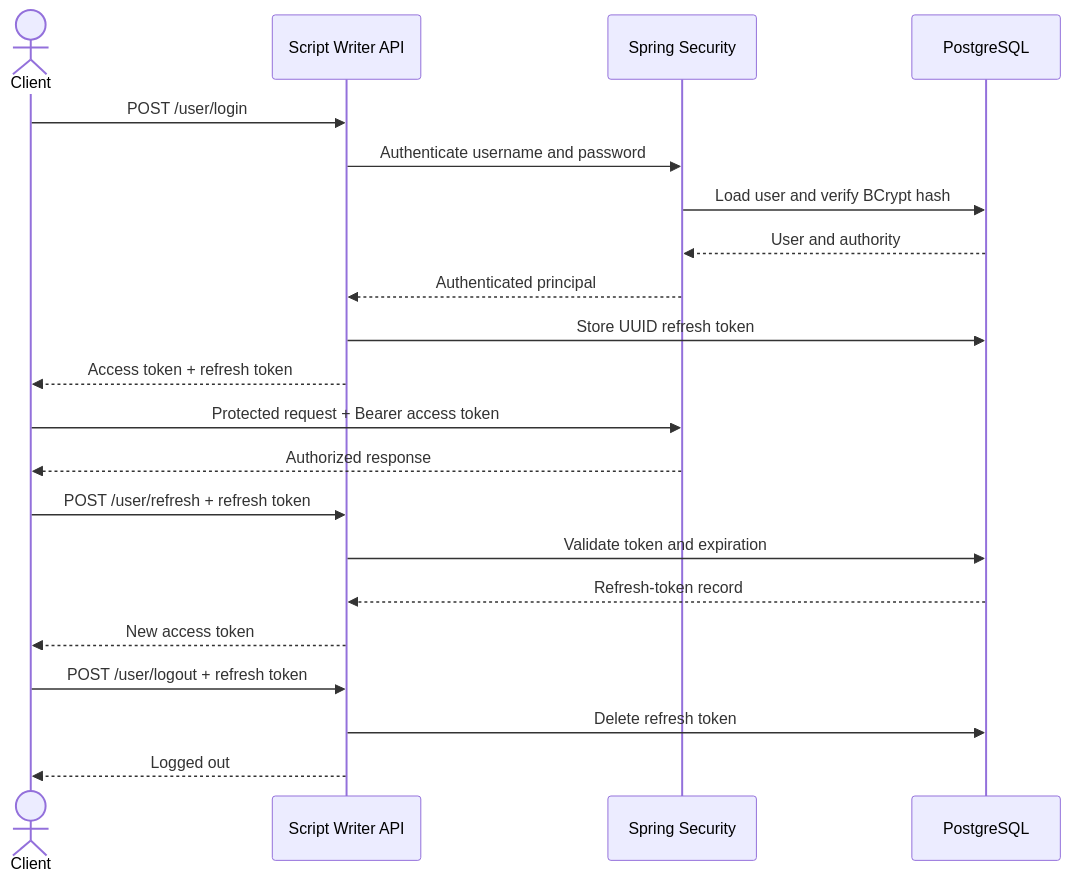
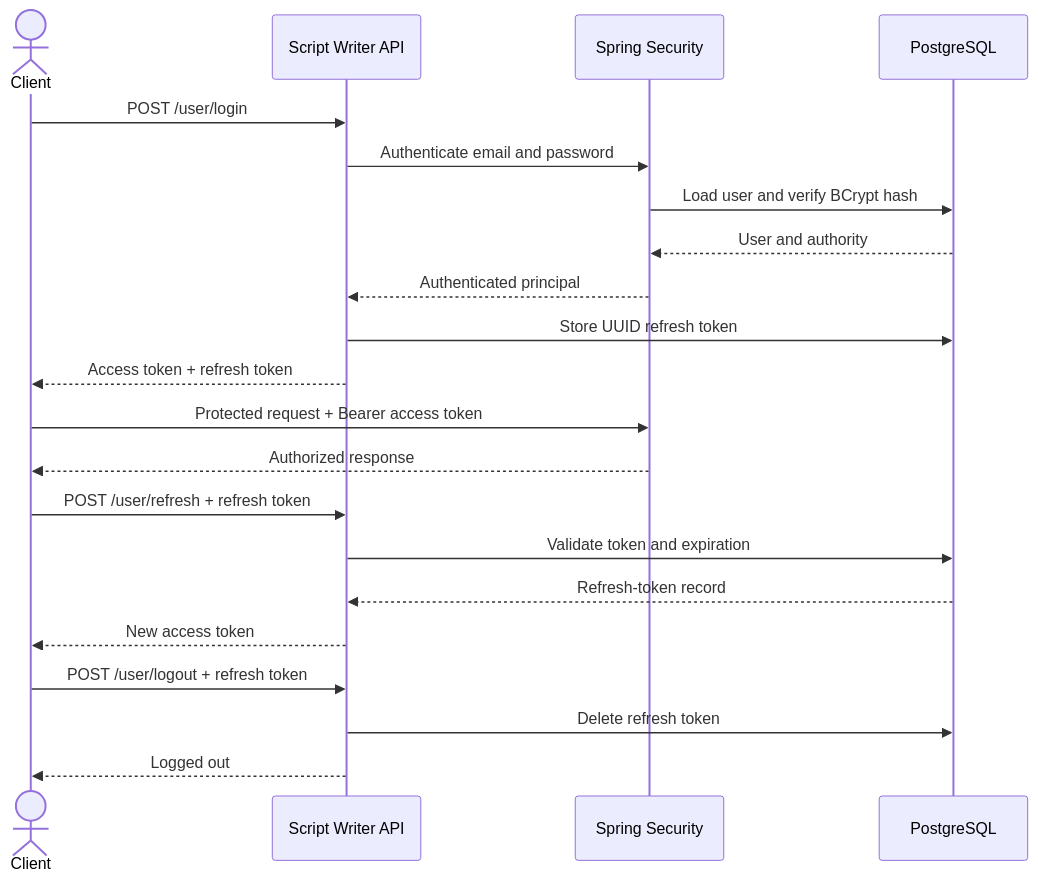
Before and after one commit to shiv10000/Script-Writer-Backend: the third of 3 diagrams in README.md, drawn with Mermaid. The commit also changed other lines of this file and 36 other files, not shown here.

````diff
--- a/README.md
+++ b/README.md
@@ -169,27 +177,27 @@
 ```mermaid
 sequenceDiagram
     actor Client
     participant API as Script Writer API
     participant Security as Spring Security
     participant DB as PostgreSQL
 
     Client->>API: POST /user/login
-    API->>Security: Authenticate username and password
+    API->>Security: Authenticate email and password
     Security->>DB: Load user and verify BCrypt hash
     DB-->>Security: User and authority
     Security-->>API: Authenticated principal
     API->>DB: Store UUID refresh token
     API-->>Client: Access token + refresh token
 
     Client->>Security: Protected request + Bearer access token
     Security-->>Client: Authorized response
 
     Client->>API: POST /user/refresh + refresh token
     API->>DB: Validate token and expiration
     DB-->>API: Refresh-token record
     API-->>Client: New access token
 
     Client->>API: POST /user/logout + refresh token
     API->>DB: Delete refresh token
     API-->>Client: Logged out
 ```
````
